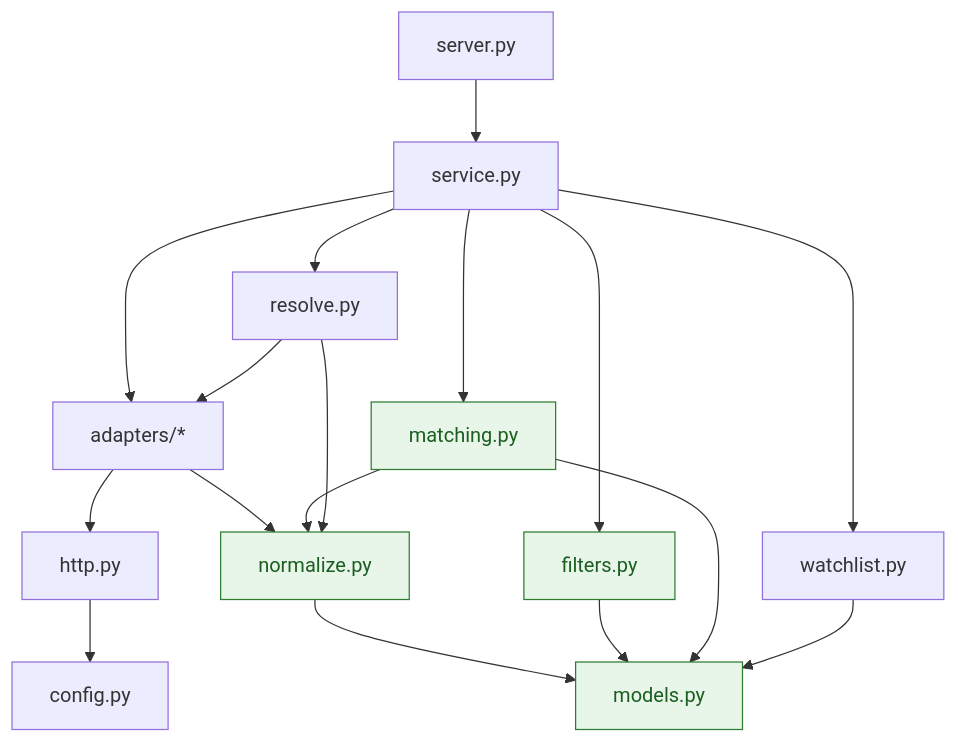
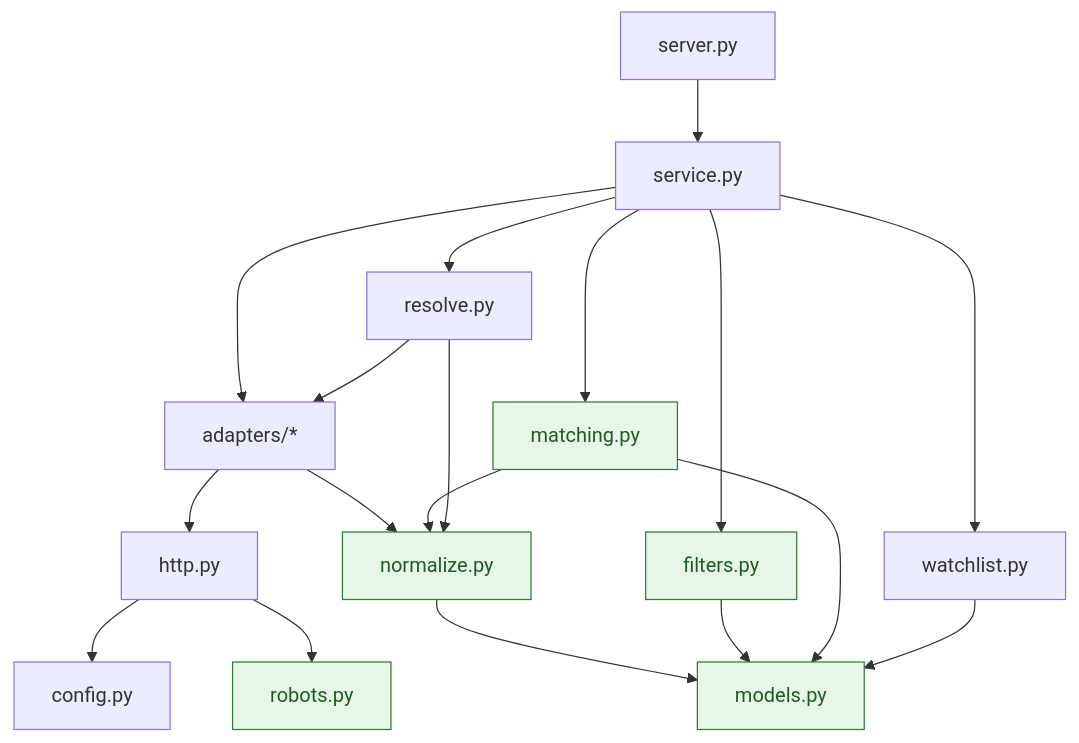
The second of 7 diagrams in docs/architecture.md (HakujouRyu/jobboard-mcp), drawn with Mermaid before and after one commit. The commit also changed other lines of this file and 12 other files, not shown here.

````diff
--- a/docs/architecture.md
+++ b/docs/architecture.md
@@ -78,22 +79,23 @@
 ```mermaid
 flowchart TB
     server["server.py"] --> service["service.py"]
     service --> resolve["resolve.py"]
     service --> watchlist["watchlist.py"]
     service --> adapters["adapters/*"]
     resolve --> adapters
     adapters --> http["http.py"]
     http --> config["config.py"]
+    http --> robots["robots.py"]
     service --> matching["matching.py"]
     service --> filters["filters.py"]
     adapters --> normalize["normalize.py"]
     matching --> normalize
     resolve --> normalize
     normalize --> models["models.py"]
     filters --> models
     matching --> models
     watchlist --> models
 
     classDef pure fill:#e8f5e9,stroke:#2e7d32,color:#1b5e20
-    class normalize,filters,matching,models pure
+    class normalize,filters,matching,models,robots pure
 ```
````
